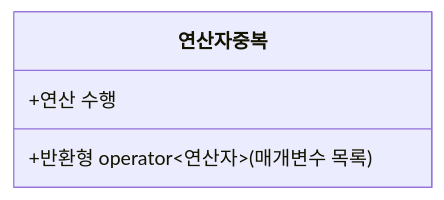
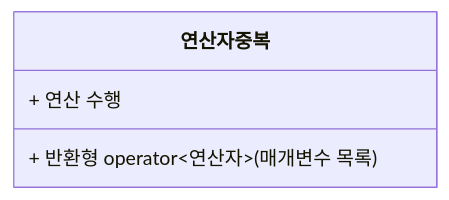
Before and after one commit to xmlbuilder/CPlus_Tutorial: the first of 4 diagrams in 0. C++ 기본과 객체지향 기초/10-operator_overloading_guide.md, drawn with Mermaid. The commit also changed other lines of this file, not shown here.

````diff
--- a/0. C++ 기본과 객체지향 기초/10-operator_overloading_guide.md
+++ b/0. C++ 기본과 객체지향 기초/10-operator_overloading_guide.md
@@ -9,8 +9,8 @@
 ```mermaid
 classDiagram
     class 연산자중복 {
-        +반환형 operator<연산자>(매개변수 목록)
-        +연산 수행
+        + 반환형 operator<연산자>(매개변수 목록)
+        + 연산 수행
     }
 
 ```
````
